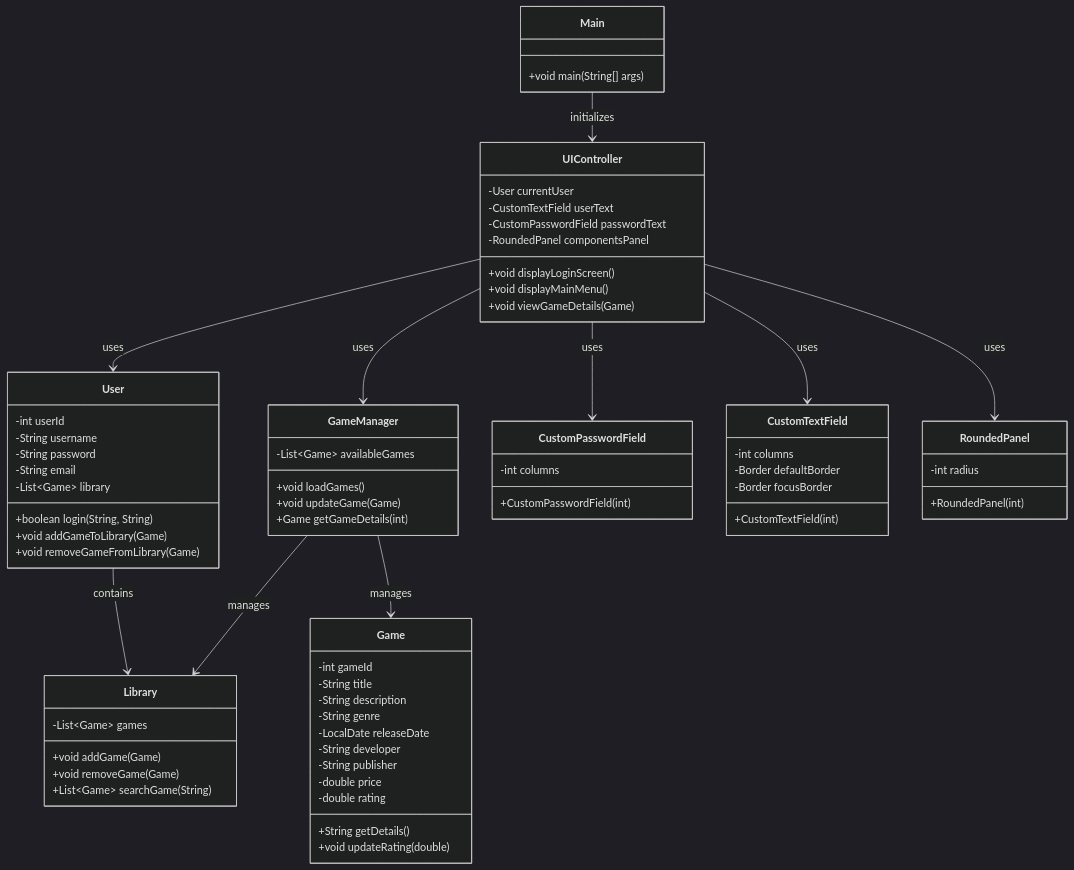
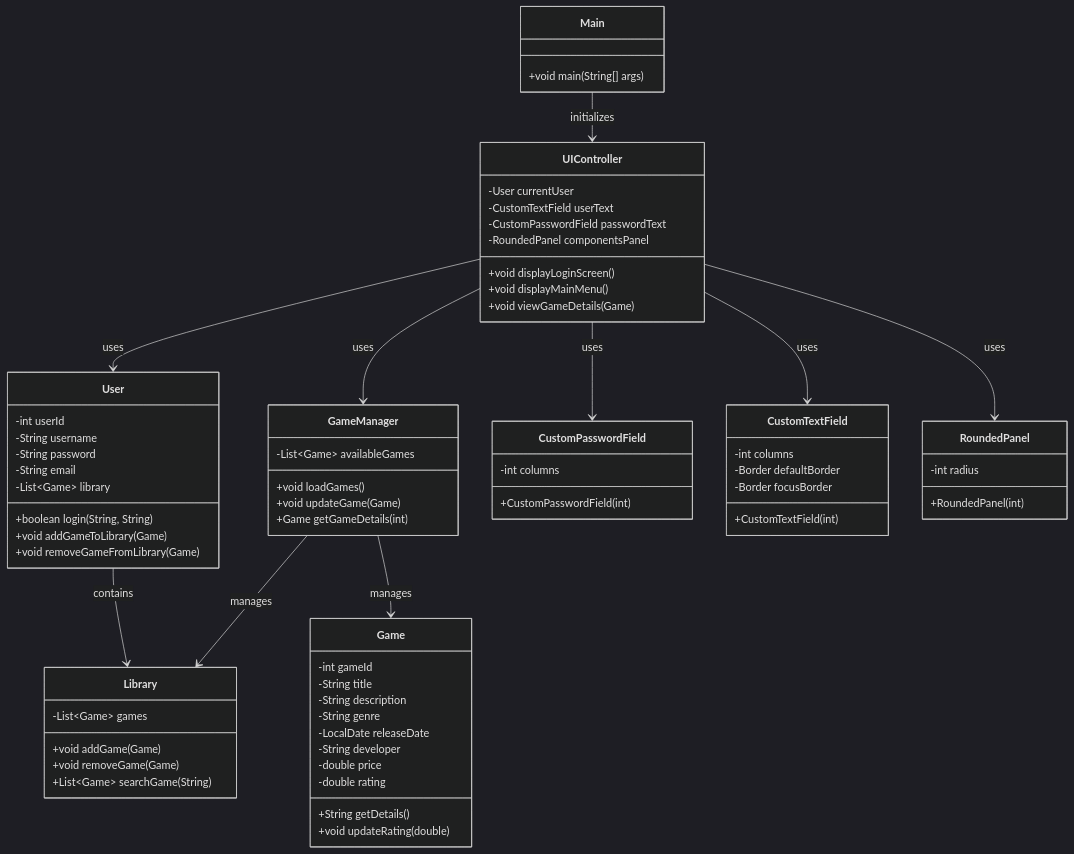
The diagram in README.md (anavalladaresg/GamesLauncher), drawn with Mermaid (dark theme) before and after one commit.

Commit message:
Readme v1.2

````diff
--- a/README.md
+++ b/README.md
@@ -19,82 +19,81 @@
 ```mermaid
 classDiagram
     class Game {
         -int gameId
         -String title
         -String description
         -String genre
         -LocalDate releaseDate
         -String developer
-        -String publisher
         -double price
         -double rating
         +String getDetails()
         +void updateRating(double)
     }
 
     class User {
         -int userId
         -String username
         -String password
         -String email
         -List~Game~ library
         +boolean login(String, String)
         +void addGameToLibrary(Game)
         +void removeGameFromLibrary(Game)
     }
 
     class Library {
         -List~Game~ games
         +void addGame(Game)
         +void removeGame(Game)
         +List~Game~ searchGame(String)
     }
 
     class GameManager {
         -List~Game~ availableGames
         +void loadGames()
         +void updateGame(Game)
         +Game getGameDetails(int)
     }
 
     class CustomPasswordField {
         -int columns
         +CustomPasswordField(int)
     }
 
     class CustomTextField {
         -int columns
         -Border defaultBorder
         -Border focusBorder
         +CustomTextField(int)
     }
 
     class RoundedPanel {
         -int radius
         +RoundedPanel(int)
     }
 
     class UIController {
         -User currentUser
         -CustomTextField userText
         -CustomPasswordField passwordText
         -RoundedPanel componentsPanel
         +void displayLoginScreen()
         +void displayMainMenu()
         +void viewGameDetails(Game)
     }
 
     class Main {
         +void main(String[] args)
     }
 
     User --> Library : contains
     GameManager --> Game : manages
     GameManager --> Library : manages
     UIController --> User : uses
     UIController --> GameManager : uses
     UIController --> CustomTextField : uses
     UIController --> CustomPasswordField : uses
     UIController --> RoundedPanel : uses
     Main --> UIController : initializes
 ```
````
